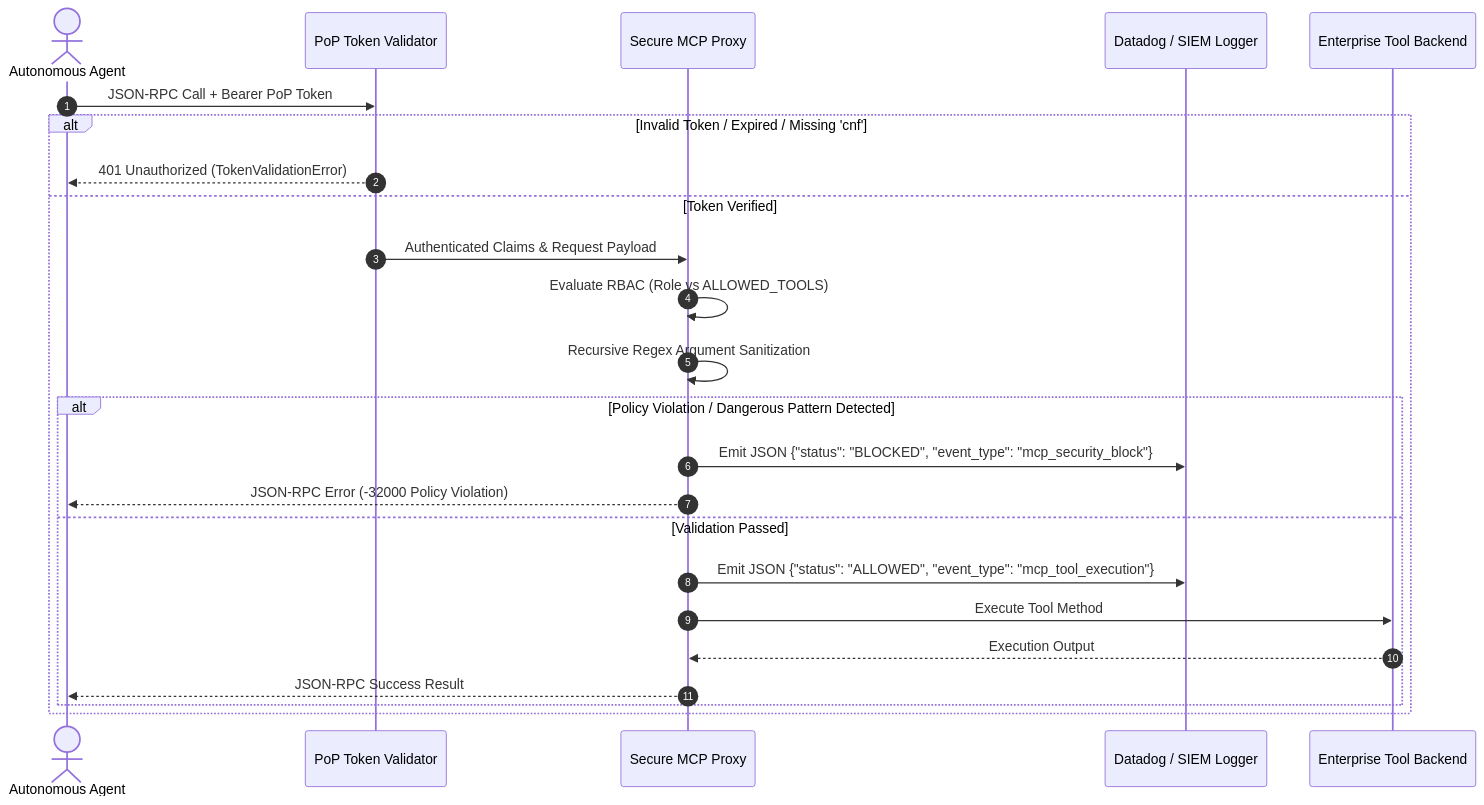
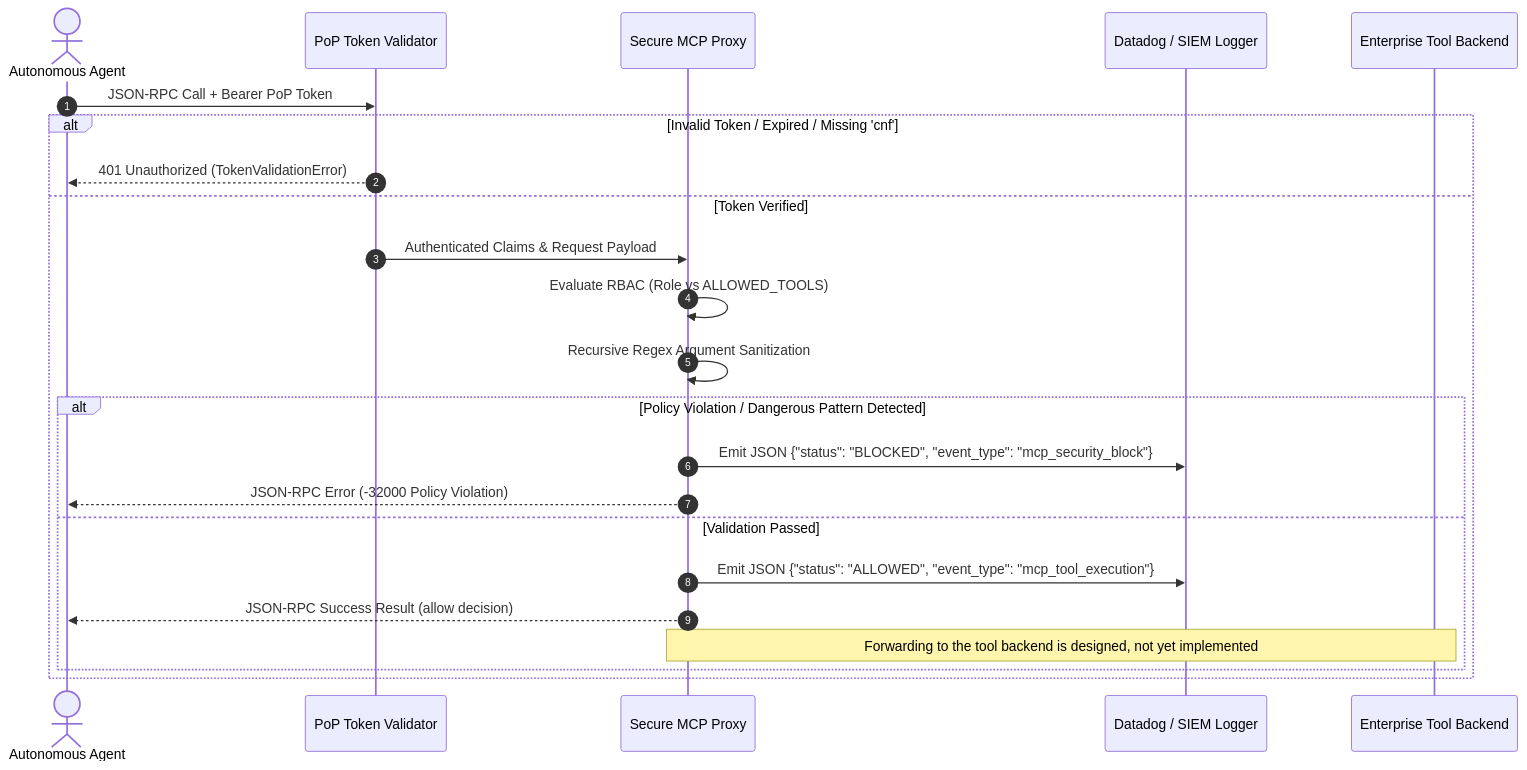
Before and after one commit to jaycehilleng/jaycehilleng.github.io: the second of 2 diagrams in ARCHITECTURE.md, drawn with Mermaid. The commit also changed other lines of this file and 10 other files, not shown here.

````diff
--- a/ARCHITECTURE.md
+++ b/ARCHITECTURE.md
@@ -51,27 +51,26 @@
 ```mermaid
 sequenceDiagram
     autonumber
     actor Agent as Autonomous Agent
     participant Ingress as PoP Token Validator
     participant Proxy as Secure MCP Proxy
     participant SIEM as Datadog / SIEM Logger
     participant Backend as Enterprise Tool Backend
 
     Agent->>Ingress: JSON-RPC Call + Bearer PoP Token
     alt Invalid Token / Expired / Missing 'cnf'
         Ingress-->>Agent: 401 Unauthorized (TokenValidationError)
     else Token Verified
         Ingress->>Proxy: Authenticated Claims & Request Payload
         Proxy->>Proxy: Evaluate RBAC (Role vs ALLOWED_TOOLS)
         Proxy->>Proxy: Recursive Regex Argument Sanitization
         alt Policy Violation / Dangerous Pattern Detected
             Proxy->>SIEM: Emit JSON {"status": "BLOCKED", "event_type": "mcp_security_block"}
             Proxy-->>Agent: JSON-RPC Error (-32000 Policy Violation)
         else Validation Passed
             Proxy->>SIEM: Emit JSON {"status": "ALLOWED", "event_type": "mcp_tool_execution"}
-            Proxy->>Backend: Execute Tool Method
-            Backend-->>Proxy: Execution Output
-            Proxy-->>Agent: JSON-RPC Success Result
+            Proxy-->>Agent: JSON-RPC Success Result (allow decision)
+            Note over Proxy,Backend: Forwarding to the tool backend is designed, not yet implemented
         end
     end
 ```
````
